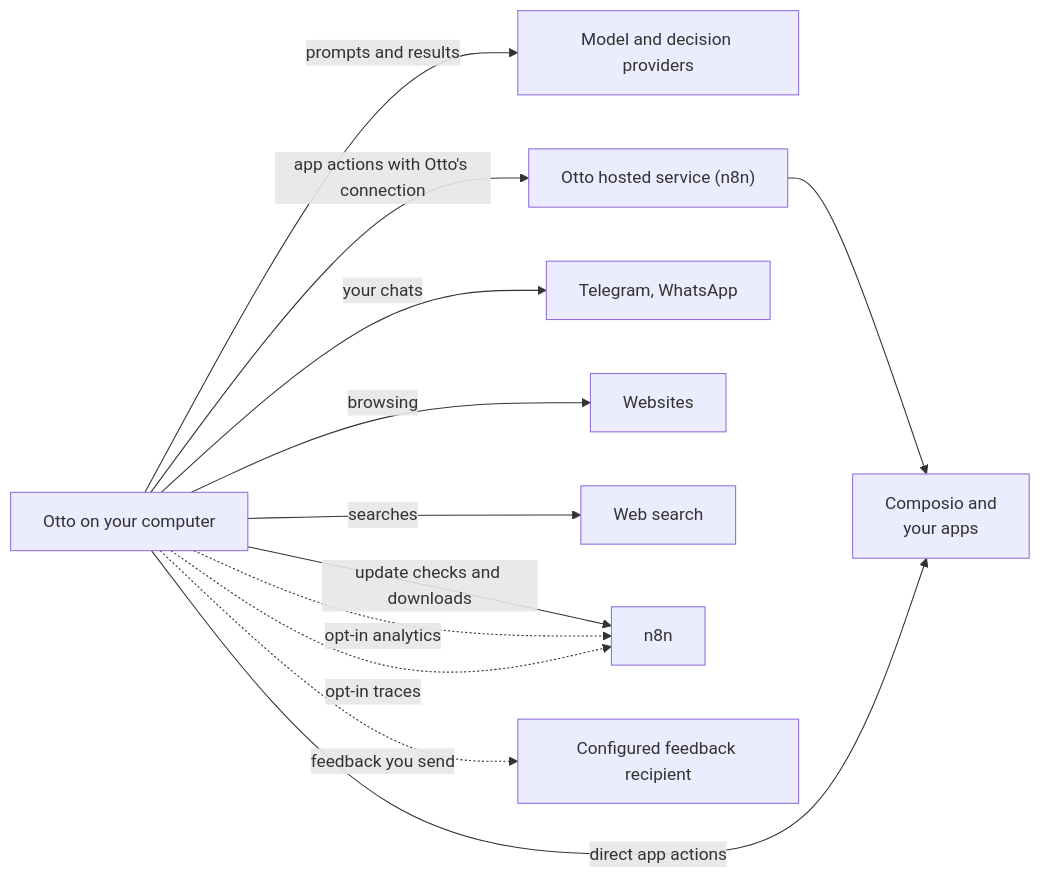
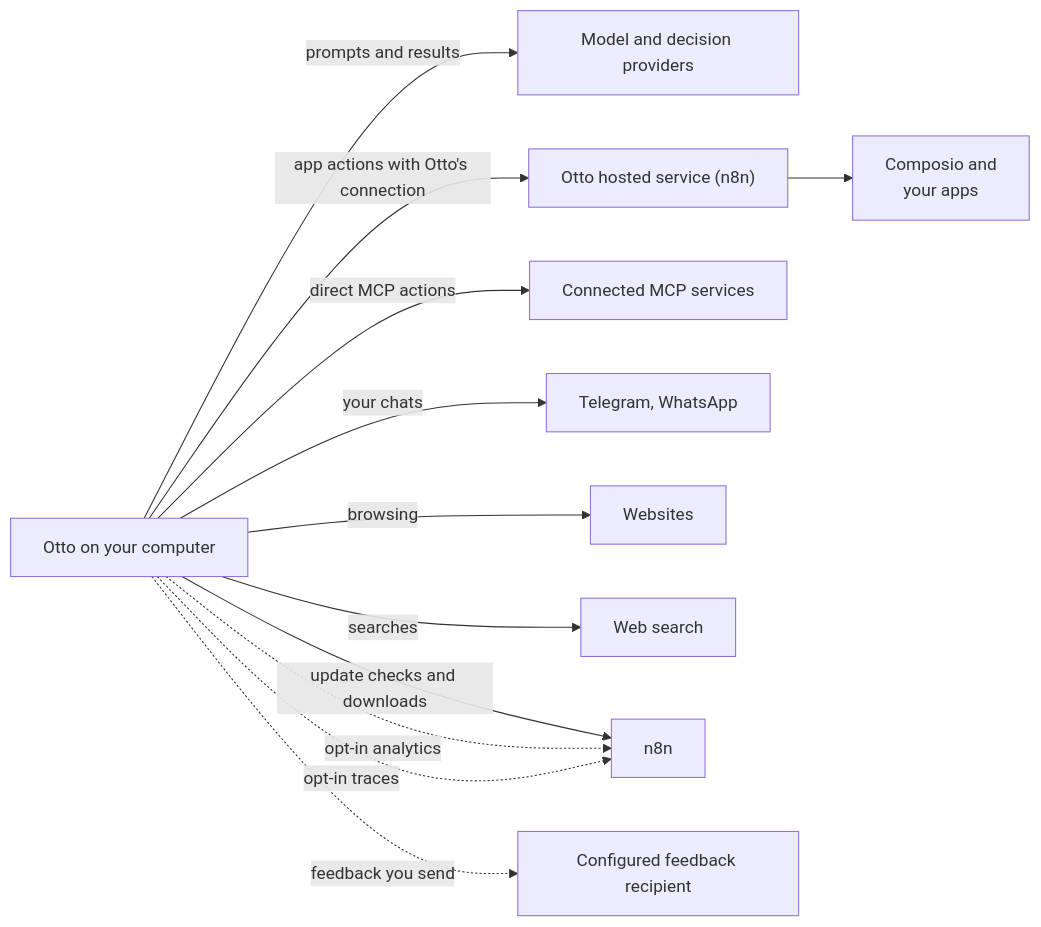
The diagram in docs/src/content/docs/trust/privacy.md (n8n-io/nod), drawn with Mermaid before and after one commit. The commit also changed other lines of this file and 50 other files, not shown here.

````diff
--- a/docs/src/content/docs/trust/privacy.md
+++ b/docs/src/content/docs/trust/privacy.md
@@ -29,15 +29,15 @@
 ```mermaid
 flowchart LR
   otto[Otto on your computer]:::accent
   otto -- prompts and results --> model[Model and decision providers]
   otto -- app actions with Otto's connection --> managed["Otto hosted service (n8n)"]
   managed --> apps[Composio and<br/>your apps]
-  otto -- direct app actions --> apps
+  otto -- direct MCP actions --> mcp[Connected MCP services]
   otto -- your chats --> chat[Telegram, WhatsApp]
   otto -- browsing --> web[Websites]
   otto -- searches --> search[Web search]
   otto -- update checks and downloads --> n8n[n8n]:::muted
   otto -. opt-in analytics .-> n8n[n8n]:::muted
   otto -. opt-in traces .-> n8n[n8n]:::muted
   otto -. feedback you send .-> feedback[Configured feedback recipient]:::muted
 ```
````
